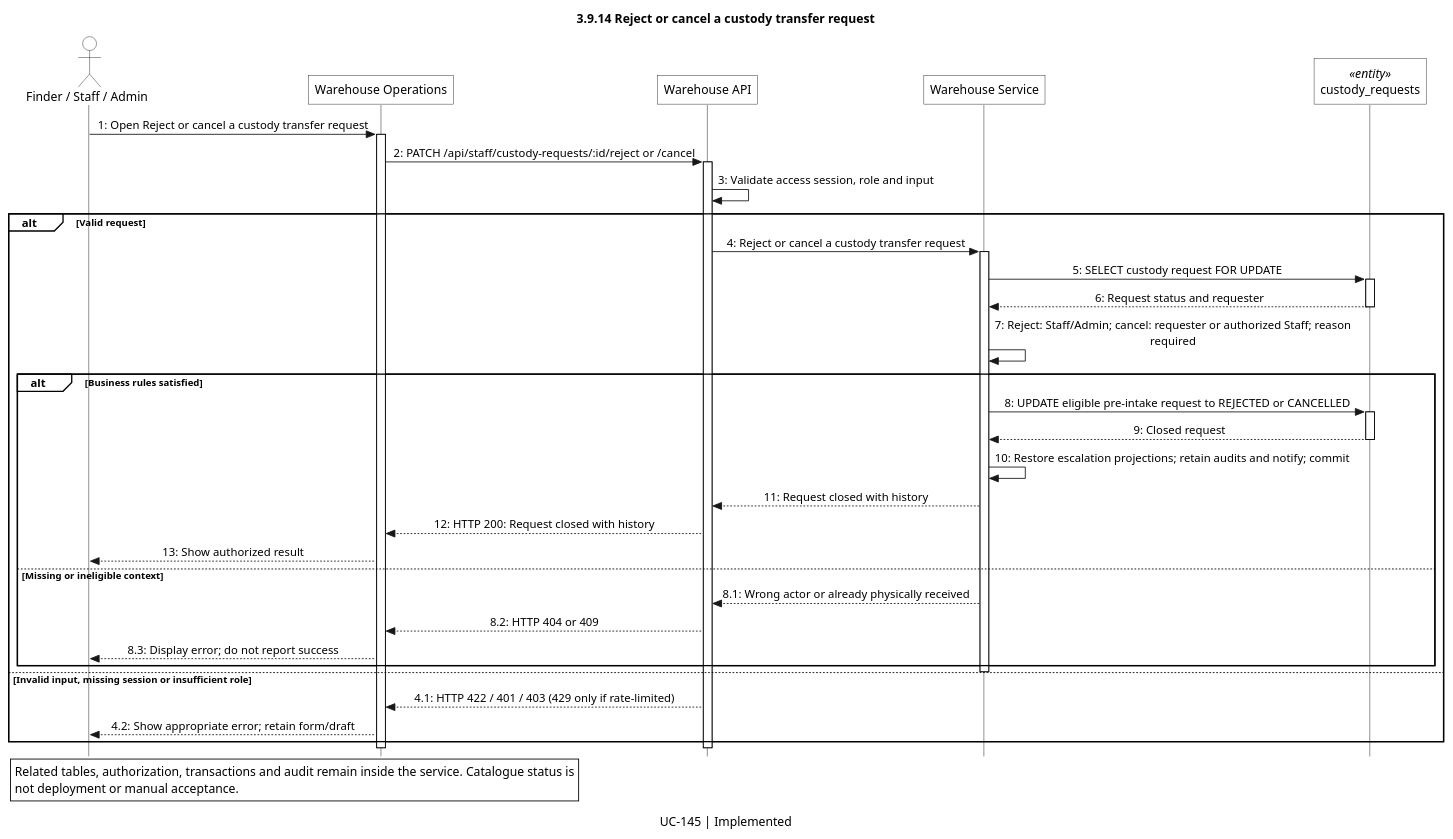
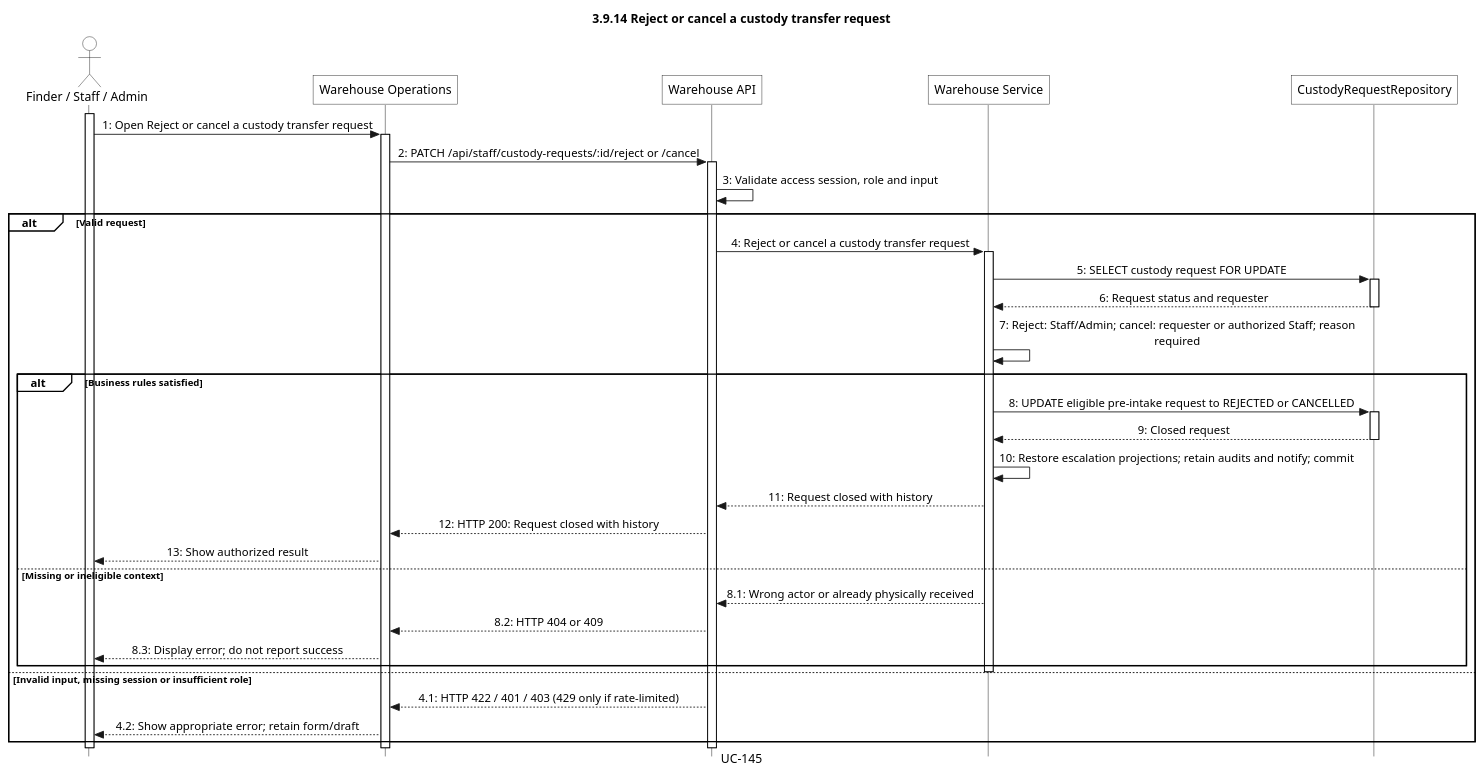
One commit to LNFSYS/lost-and-found-management-system-main changed the diagram in docs/sequences/Khoa/3.9/3.9.14_UC-145_reject-or-cancel-a-custody-transfer-request.puml. Above: the diagram before and after it, drawn with PlantUML. The commit also changed 336 other files, not shown here.

Commit message:
docs: refine sequence lifelines and diagram presentation

```diff
--- a/docs/sequences/Khoa/3.9/3.9.14_UC-145_reject-or-cancel-a-custody-transfer-request.puml
+++ b/docs/sequences/Khoa/3.9/3.9.14_UC-145_reject-or-cancel-a-custody-transfer-request.puml
@@ -1,74 +1,77 @@
 @startuml
 title 3.9.14 Reject or cancel a custody transfer request
-caption UC-145 | Implemented
+caption UC-145
+' Catalogue: UC-145 | Implemented
 skinparam monochrome true
 skinparam shadowing false
 skinparam roundcorner 0
 skinparam defaultFontName Arial
 skinparam LegendBackgroundColor white
 skinparam style strictuml
 skinparam sequenceMessageAlign center
 show footbox
 <style>
 lifeLine {
     LineStyle 0
 }
 </style>
 skinparam sequence {
     ParticipantBackgroundColor white
     ActorBackgroundColor white
     LifeLineBackgroundColor white
     LifeLineBorderColor black
     GroupBackgroundColor white
     GroupHeaderBackgroundColor white
 }
 
 ' Source: apps/api-node/src/modules/warehouse/application/custody-request.use-cases.ts
+' Main entity: custody_requests
 ' Main entity migration: apps/api-node/src/migrations/053_custody_requests.sql
-' One-table abstraction: related repository reads/writes stay inside the service.
+' Single persistence lifeline: related reads/writes remain summarized in the service.
 actor "Finder / Staff / Admin" as Actor
 participant "Warehouse Operations" as Page
 participant "Warehouse API" as API
 participant "Warehouse Service" as Service
-participant "custody_requests" as Table <<entity>>
+participant "CustodyRequestRepository" as Table
 
+activate Actor
 Actor -> Page: 1: Open Reject or cancel a custody transfer request
 activate Page
 Page -> API: 2: PATCH /api/staff/custody-requests/:id/reject or /cancel
 activate API
 API -> API: 3: Validate access session, role and input
 alt Valid request
 API -> Service: 4: Reject or cancel a custody transfer request
 activate Service
 Service -> Table: 5: SELECT custody request FOR UPDATE
 activate Table
 Table --> Service: 6: Request status and requester
 deactivate Table
 Service -> Service: 7: Reject: Staff/Admin; cancel: requester or authorized Staff; reason\nrequired
 alt Business rules satisfied
 Service -> Table: 8: UPDATE eligible pre-intake request to REJECTED or CANCELLED
 activate Table
 Table --> Service: 9: Closed request
 deactivate Table
 Service -> Service: 10: Restore escalation projections; retain audits and notify; commit
 Service --> API: 11: Request closed with history
 API --> Page: 12: HTTP 200: Request closed with history
 Page --> Actor: 13: Show authorized result
 else Missing or ineligible context
 Service --> API: 8.1: Wrong actor or already physically received
 API --> Page: 8.2: HTTP 404 or 409
 Page --> Actor: 8.3: Display error; do not report success
 end
 deactivate Service
 else Invalid input, missing session or insufficient role
 API --> Page: 4.1: HTTP 422 / 401 / 403 (429 only if rate-limited)
 Page --> Actor: 4.2: Show appropriate error; retain form/draft
 end
 deactivate API
 deactivate Page
+deactivate Actor
 
-legend left
-Related tables, authorization, transactions and audit remain inside the service. Catalogue status is
-not deployment or manual acceptance.
-endlegend
+' Scope note (not rendered):
+' Related tables, authorization, transactions and audit remain inside the service. Catalogue status is
+' not deployment or manual acceptance.
 @enduml
```
